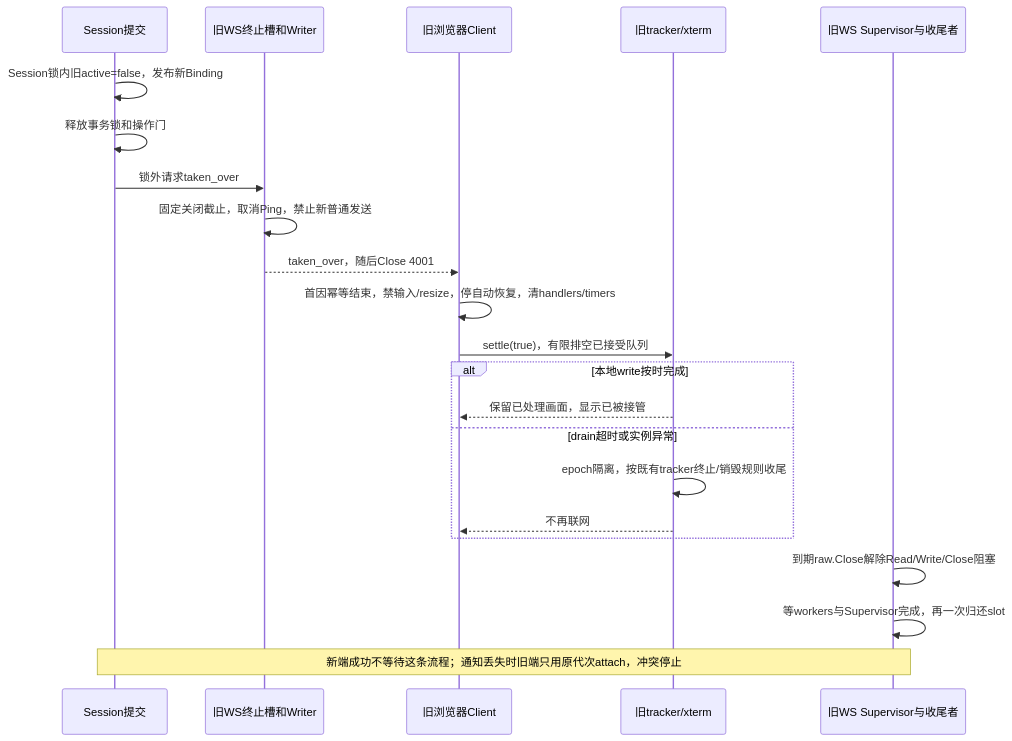
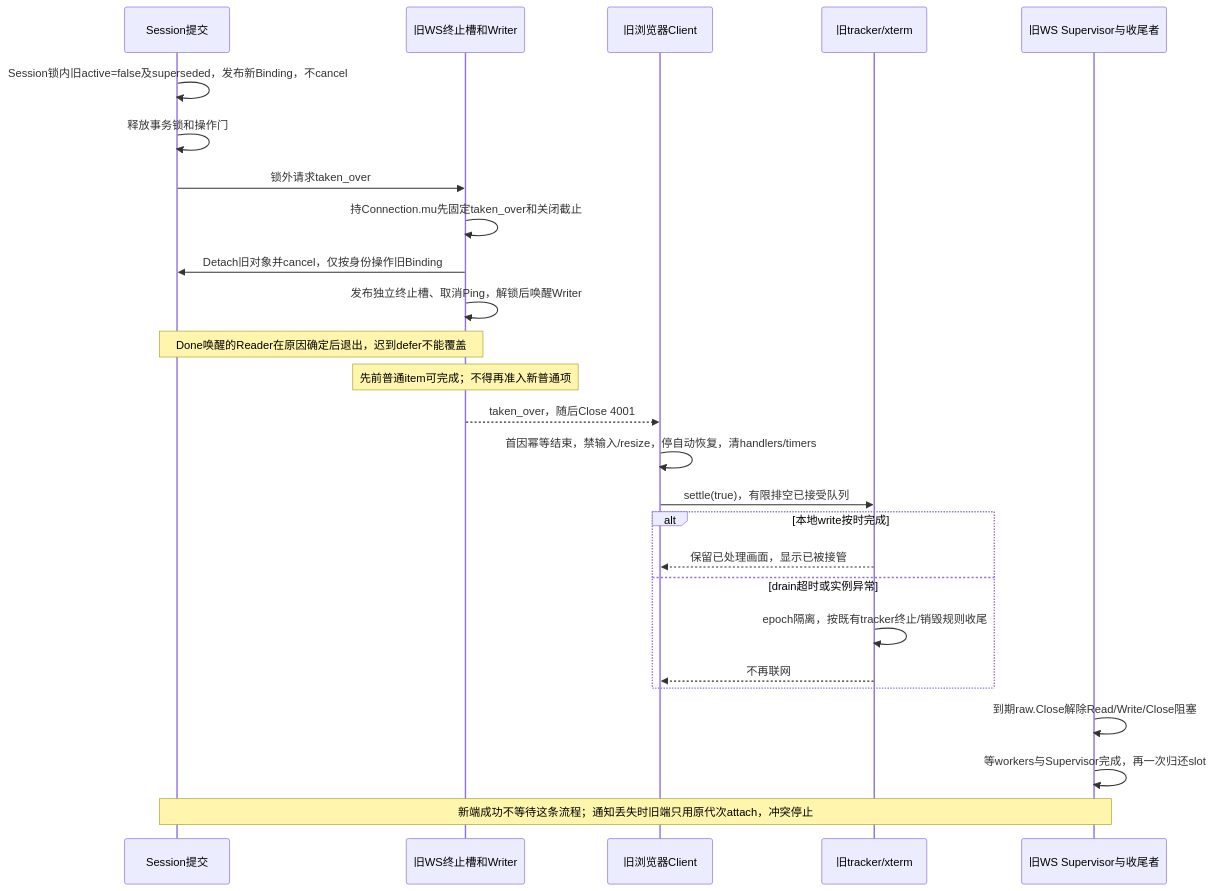
Before and after one commit to stearsc/web-ssh: the eighth of 8 diagrams in doc/stage-5-implementation-plan.md, drawn with Mermaid. The commit also changed other lines of this file, not shown here.

````diff
--- a/doc/stage-5-implementation-plan.md
+++ b/doc/stage-5-implementation-plan.md
@@ -586,24 +732,28 @@
 ```mermaid
 sequenceDiagram
     participant S as Session提交
     participant O as 旧WS终止槽和Writer
     participant B as 旧浏览器Client
     participant T as 旧tracker/xterm
     participant R as 旧WS Supervisor与收尾者
-    S->>S: Session锁内旧active=false，发布新Binding
+    S->>S: Session锁内旧active=false及superseded，发布新Binding，不cancel
     S->>S: 释放事务锁和操作门
     S->>O: 锁外请求taken_over
-    O->>O: 固定关闭截止，取消Ping，禁止新普通发送
+    O->>O: 持Connection.mu先固定taken_over和关闭截止
+    O->>S: Detach旧对象并cancel，仅按身份操作旧Binding
+    O->>O: 发布独立终止槽、取消Ping，解锁后唤醒Writer
+    Note over S,O: Done唤醒的Reader在原因确定后退出，迟到defer不能覆盖
+    Note over O: 先前普通item可完成；不得再准入新普通项
     O-->>B: taken_over，随后Close 4001
     B->>B: 首因幂等结束，禁输入/resize，停自动恢复，清handlers/timers
     B->>T: settle(true)，有限排空已接受队列
     alt 本地write按时完成
         T-->>B: 保留已处理画面，显示已被接管
     else drain超时或实例异常
         T->>T: epoch隔离，按既有tracker终止/销毁规则收尾
         T-->>B: 不再联网
     end
     R->>R: 到期raw.Close解除Read/Write/Close阻塞
     R->>R: 等workers与Supervisor完成，再一次归还slot
     Note over S,R: 新端成功不等待这条流程；通知丢失时旧端只用原代次attach，冲突停止
 ```
````
